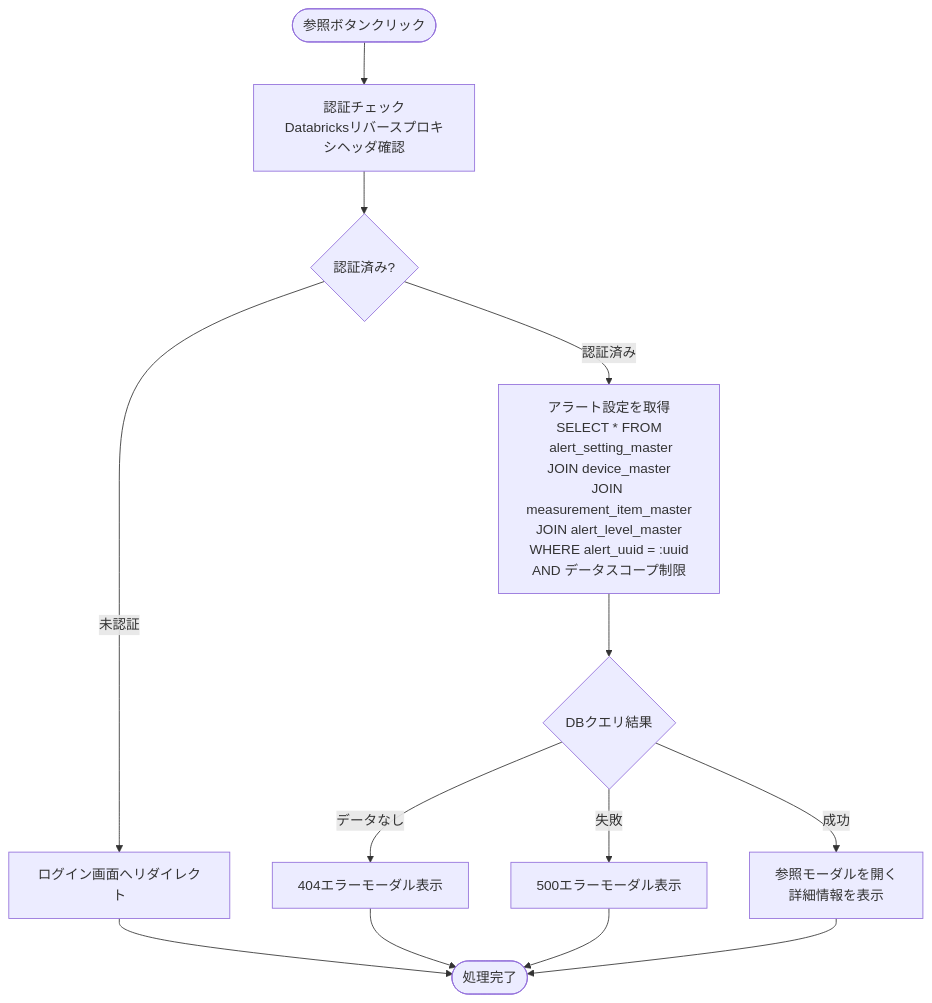
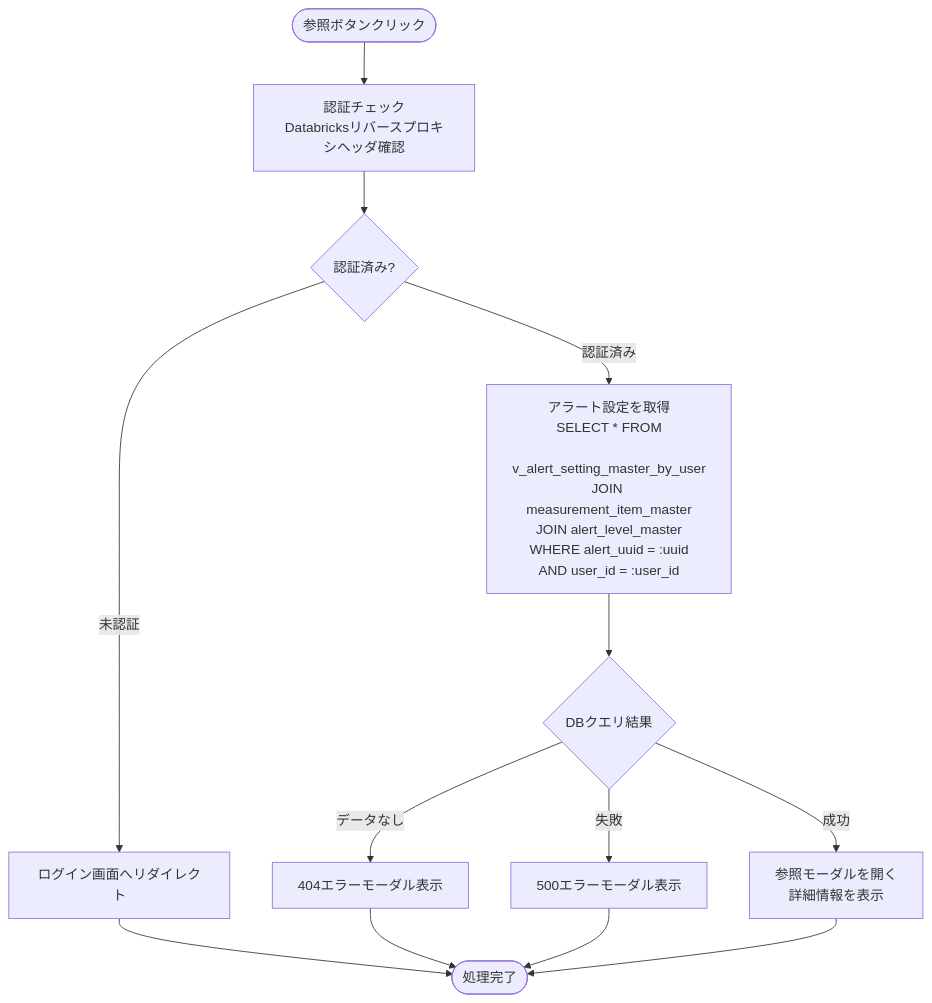
The eighth of 9 diagrams in docs/03-features/flask-app/alert-settings/workflow-specification.md (NSW-SVCP-AIWG002/Databricks-IoT), drawn with Mermaid before and after one commit. The commit also changed other lines of this file and 13 other files, not shown here.

````diff
--- a/docs/03-features/flask-app/alert-settings/workflow-specification.md
+++ b/docs/03-features/flask-app/alert-settings/workflow-specification.md
@@ -812,19 +805,19 @@
 ```mermaid
 flowchart TD
     Start([参照ボタンクリック]) --> Auth[認証チェック<br>Databricksリバースプロキシヘッダ確認]
     Auth --> CheckAuth{認証済み?}
     CheckAuth -->|未認証| Error401[ログイン画面へリダイレクト]
     Error401 --> End([処理完了])
 
-    CheckAuth -->|認証済み| GetID[アラート設定を取得<br>SELECT * FROM<br> alert_setting_master<br>JOIN device_master<br>JOIN measurement_item_master<br>JOIN alert_level_master<br>WHERE alert_uuid = :uuid<br>AND データスコープ制限]
+    CheckAuth -->|認証済み| GetID[アラート設定を取得<br>SELECT * FROM<br> v_alert_setting_master_by_user<br>JOIN measurement_item_master<br>JOIN alert_level_master<br>WHERE alert_uuid = :uuid<br>AND user_id = :user_id]
     GetID --> Check{DBクエリ結果}
 
     Check -->|データなし| Error404[404エラーモーダル表示]
     Error404 --> End
 
     Check -->|失敗| Error500[500エラーモーダル表示]
     Error500 --> End
 
     Check -->|成功| OpenModal[参照モーダルを開く<br>詳細情報を表示]
     OpenModal --> End
 ```
````
